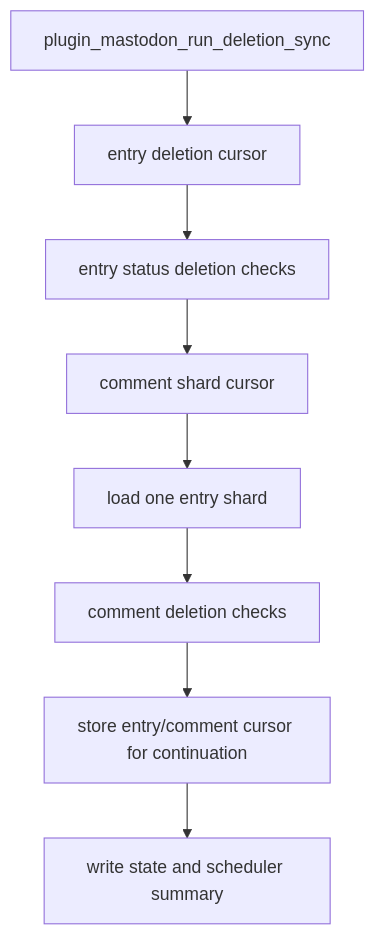
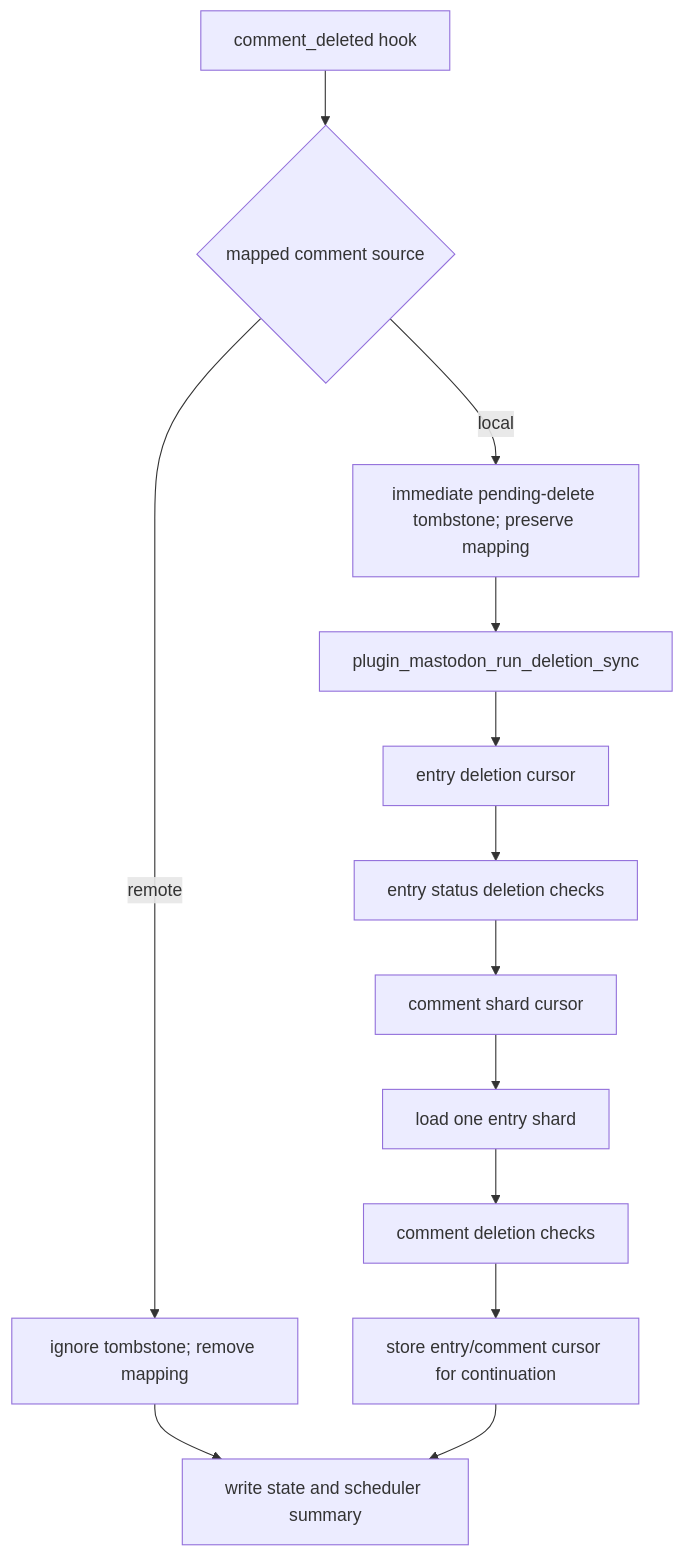
Before and after one commit to flatpressblog/flatpress: the fourth of 6 diagrams in fp-plugins/mastodon/developer-docs/07-Function-Organigram.md, drawn with Mermaid. The commit also changed other lines of this file and 33 other files, not shown here.

````diff
--- a/fp-plugins/mastodon/developer-docs/07-Function-Organigram.md
+++ b/fp-plugins/mastodon/developer-docs/07-Function-Organigram.md
@@ -119,10 +123,15 @@
 ```mermaid
 flowchart TD
-	Start[plugin_mastodon_run_deletion_sync] --> EntryCursor[entry deletion cursor]
+	Hook[comment_deleted hook] --> Source{mapped comment source}
+	Source -- local --> Protect[immediate pending-delete tombstone; preserve mapping]
+	Source -- remote --> Ignore[ignore tombstone; remove mapping]
+	Protect --> Start[plugin_mastodon_run_deletion_sync]
+	Ignore --> Finish[write state and scheduler summary]
+	Start --> EntryCursor[entry deletion cursor]
 	EntryCursor --> EntryDeletes[entry status deletion checks]
 	EntryDeletes --> CommentCursor[comment shard cursor]
 	CommentCursor --> LoadShard[load one entry shard]
 	LoadShard --> CommentDeletes[comment deletion checks]
 	CommentDeletes --> Resume[store entry/comment cursor for continuation]
 	Resume --> Finish[write state and scheduler summary]
 ```
````
